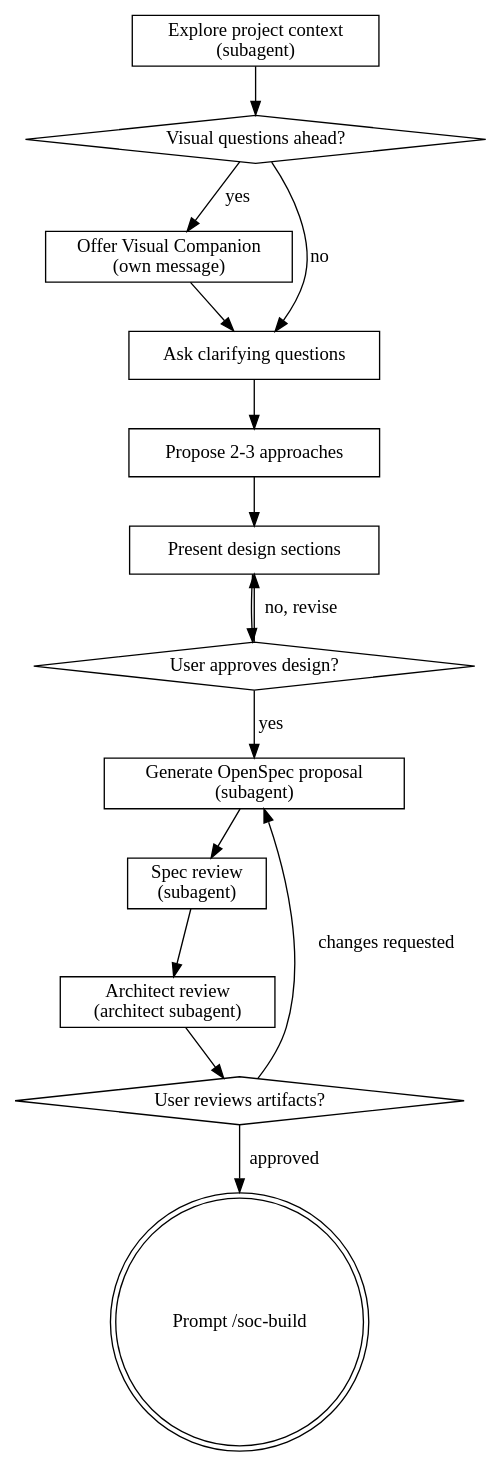
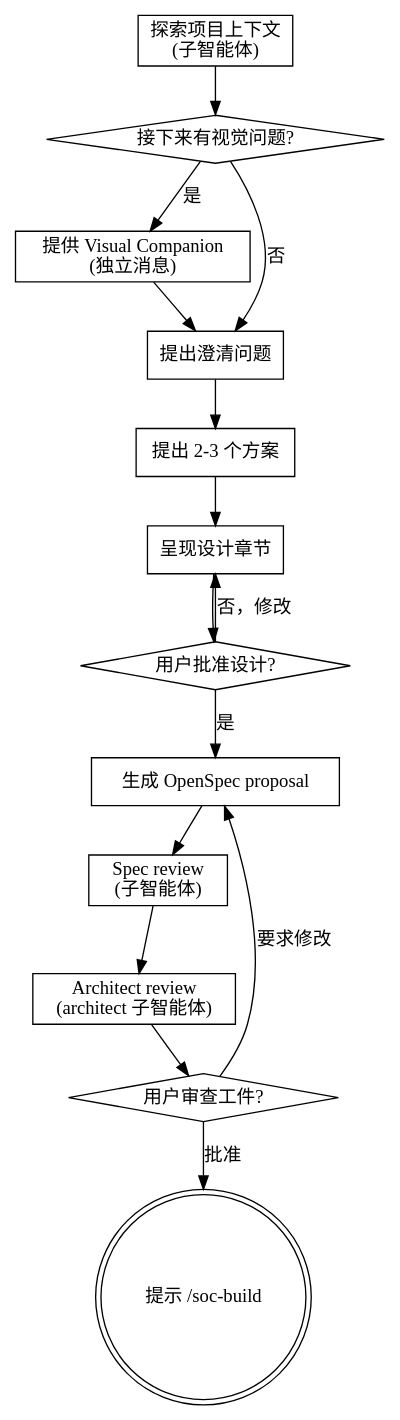
Before and after one commit to jingyuan-opc/auto-coding: the diagram in soc-spec/SKILL.md, drawn with Graphviz. The commit also changed other lines of this file and 7 other files, not shown here.

````diff
--- a/soc-spec/SKILL.md
+++ b/soc-spec/SKILL.md
@@ -46,31 +47,31 @@
 ```dot
 digraph brainstorming {
-    "Explore project context\n(subagent)" [shape=box];
-    "Visual questions ahead?" [shape=diamond];
-    "Offer Visual Companion\n(own message)" [shape=box];
-    "Ask clarifying questions" [shape=box];
-    "Propose 2-3 approaches" [shape=box];
-    "Present design sections" [shape=box];
-    "User approves design?" [shape=diamond];
-    "Generate OpenSpec proposal\n(subagent)" [shape=box];
-    "Spec review\n(subagent)" [shape=box];
-    "Architect review\n(architect subagent)" [shape=box];
-    "User reviews artifacts?" [shape=diamond];
-    "Prompt /soc-build" [shape=doublecircle];
+    "探索项目上下文\n(子智能体)" [shape=box];
+    "接下来有视觉问题?" [shape=diamond];
+    "提供 Visual Companion\n(独立消息)" [shape=box];
+    "提出澄清问题" [shape=box];
+    "提出 2-3 个方案" [shape=box];
+    "呈现设计章节" [shape=box];
+    "用户批准设计?" [shape=diamond];
+    "生成 OpenSpec proposal" [shape=box];
+    "Spec review\n(子智能体)" [shape=box];
+    "Architect review\n(architect 子智能体)" [shape=box];
+    "用户审查工件?" [shape=diamond];
+    "提示 /soc-build" [shape=doublecircle];
 
-    "Explore project context\n(subagent)" -> "Visual questions ahead?";
-    "Visual questions ahead?" -> "Offer Visual Companion\n(own message)" [label="yes"];
-    "Visual questions ahead?" -> "Ask clarifying questions" [label="no"];
-    "Offer Visual Companion\n(own message)" -> "Ask clarifying questions";
-    "Ask clarifying questions" -> "Propose 2-3 approaches";
-    "Propose 2-3 approaches" -> "Present design sections";
-    "Present design sections" -> "User approves design?";
-    "User approves design?" -> "Present design sections" [label="no, revise"];
-    "User approves design?" -> "Generate OpenSpec proposal\n(subagent)" [label="yes"];
-    "Generate OpenSpec proposal\n(subagent)" -> "Spec review\n(subagent)";
-    "Spec review\n(subagent)" -> "Architect review\n(architect subagent)";
-    "Architect review\n(architect subagent)" -> "User reviews artifacts?";
-    "User reviews artifacts?" -> "Generate OpenSpec proposal\n(subagent)" [label="changes requested"];
-    "User reviews artifacts?" -> "Prompt /soc-build" [label="approved"];
+    "探索项目上下文\n(子智能体)" -> "接下来有视觉问题?";
+    "接下来有视觉问题?" -> "提供 Visual Companion\n(独立消息)" [label="是"];
+    "接下来有视觉问题?" -> "提出澄清问题" [label="否"];
+    "提供 Visual Companion\n(独立消息)" -> "提出澄清问题";
+    "提出澄清问题" -> "提出 2-3 个方案";
+    "提出 2-3 个方案" -> "呈现设计章节";
+    "呈现设计章节" -> "用户批准设计?";
+    "用户批准设计?" -> "呈现设计章节" [label="否，修改"];
+    "用户批准设计?" -> "生成 OpenSpec proposal" [label="是"];
+    "生成 OpenSpec proposal" -> "Spec review\n(子智能体)";
+    "Spec review\n(子智能体)" -> "Architect review\n(architect 子智能体)";
+    "Architect review\n(architect 子智能体)" -> "用户审查工件?";
+    "用户审查工件?" -> "生成 OpenSpec proposal" [label="要求修改"];
+    "用户审查工件?" -> "提示 /soc-build" [label="批准"];
 }
 ```
````
